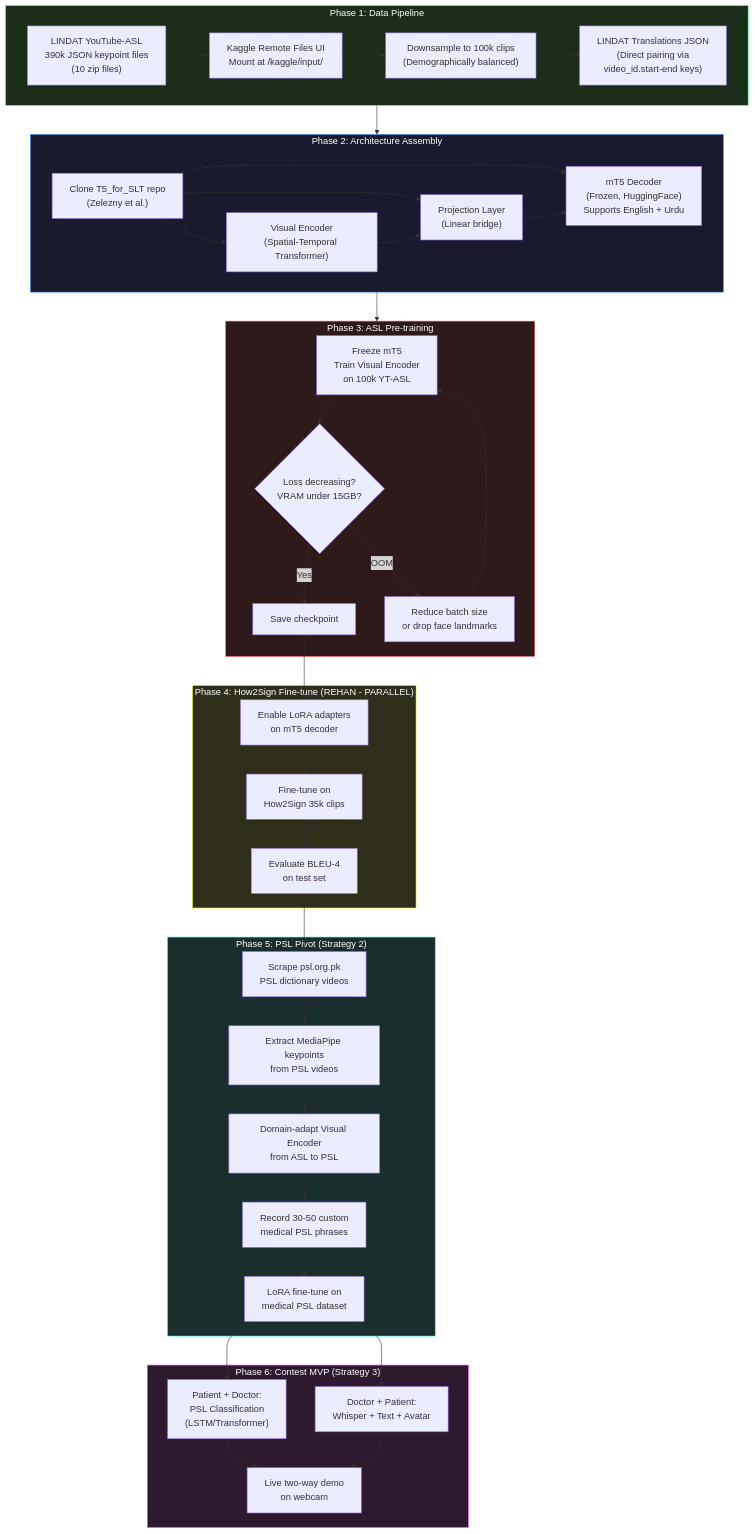
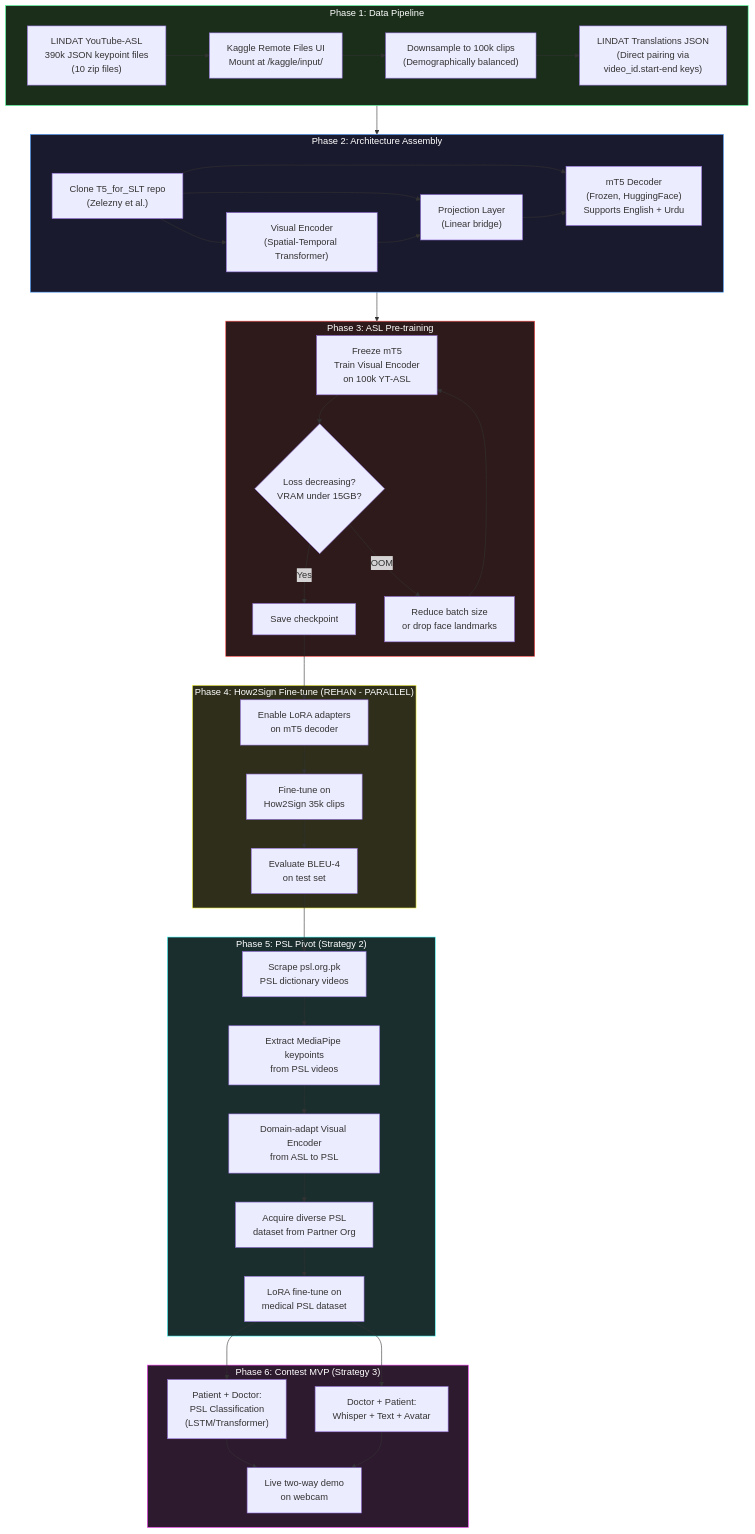
Before and after one commit to exiledftw/A-PSL: the diagram in checklist/item_1.md, drawn with Mermaid. The commit also changed other lines of this file, not shown here.

````diff
--- a/checklist/item_1.md
+++ b/checklist/item_1.md
@@ -15,52 +15,52 @@
 ```mermaid
 graph TD
     subgraph DATA["Phase 1: Data Pipeline"]
         A1["LINDAT YouTube-ASL\n390k JSON keypoint files\n(10 zip files)"] --> A2["Kaggle Remote Files UI\nMount at /kaggle/input/"]
         A2 --> A3["Downsample to 100k clips\n(Demographically balanced)"]
         A3 --> A4["LINDAT Translations JSON\n(Direct pairing via\nvideo_id.start-end keys)"]
     end
 
     subgraph MODEL["Phase 2: Architecture Assembly"]
         B1["Clone T5_for_SLT repo\n(Zelezny et al.)"] --> B2["Visual Encoder\n(Spatial-Temporal Transformer)"]
         B1 --> B3["Projection Layer\n(Linear bridge)"]
         B1 --> B4["mT5 Decoder\n(Frozen, HuggingFace)\nSupports English + Urdu"]
         B2 --> B3 --> B4
     end
 
     subgraph TRAIN["Phase 3: ASL Pre-training"]
         C1["Freeze mT5\nTrain Visual Encoder\non 100k YT-ASL"] --> C2{"Loss decreasing?\nVRAM under 15GB?"}
         C2 -->|Yes| C3["Save checkpoint"]
         C2 -->|OOM| C4["Reduce batch size\nor drop face landmarks"]
         C4 --> C1
     end
 
     subgraph FINETUNE["Phase 4: How2Sign Fine-tune (REHAN - PARALLEL)"]
         C3 --> D1["Enable LoRA adapters\non mT5 decoder"]
         D1 --> D2["Fine-tune on\nHow2Sign 35k clips"]
         D2 --> D3["Evaluate BLEU-4\non test set"]
     end
 
     subgraph PSL["Phase 5: PSL Pivot (Strategy 2)"]
         D3 --> E1["Scrape psl.org.pk\nPSL dictionary videos"]
         E1 --> E2["Extract MediaPipe keypoints\nfrom PSL videos"]
         E2 --> E3["Domain-adapt Visual Encoder\nfrom ASL to PSL"]
-        E3 --> E4["Record 30-50 custom\nmedical PSL phrases"]
+        E3 --> E4["Acquire diverse PSL\ndataset from Partner Org"]
         E4 --> E5["LoRA fine-tune on\nmedical PSL dataset"]
     end
 
     subgraph MVP["Phase 6: Contest MVP (Strategy 3)"]
         E5 --> F1["Patient + Doctor:\nPSL Classification\n(LSTM/Transformer)"]
         E5 --> F2["Doctor + Patient:\nWhisper + Text + Avatar"]
         F1 --> F3["Live two-way demo\non webcam"]
         F2 --> F3
     end
 
     DATA --> MODEL --> TRAIN
 
     style DATA fill:#1a2e1a,stroke:#4aff9a,color:#fff
     style MODEL fill:#1a1a2e,stroke:#4a9eff,color:#fff
     style TRAIN fill:#2e1a1a,stroke:#ff4a4a,color:#fff
     style FINETUNE fill:#2e2e1a,stroke:#ffff4a,color:#fff
     style PSL fill:#1a2e2e,stroke:#4affff,color:#fff
     style MVP fill:#2e1a2e,stroke:#ff4aff,color:#fff
 ```
````
